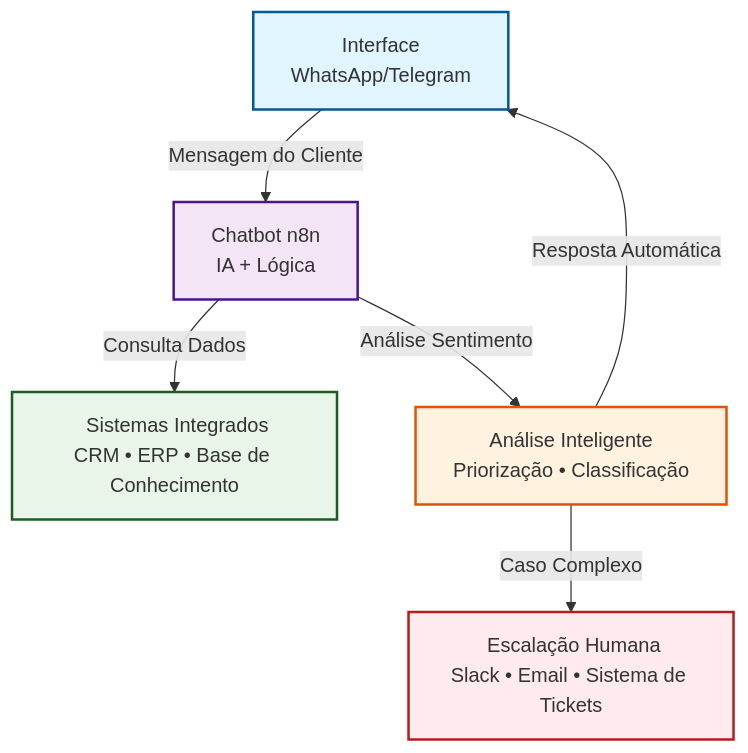
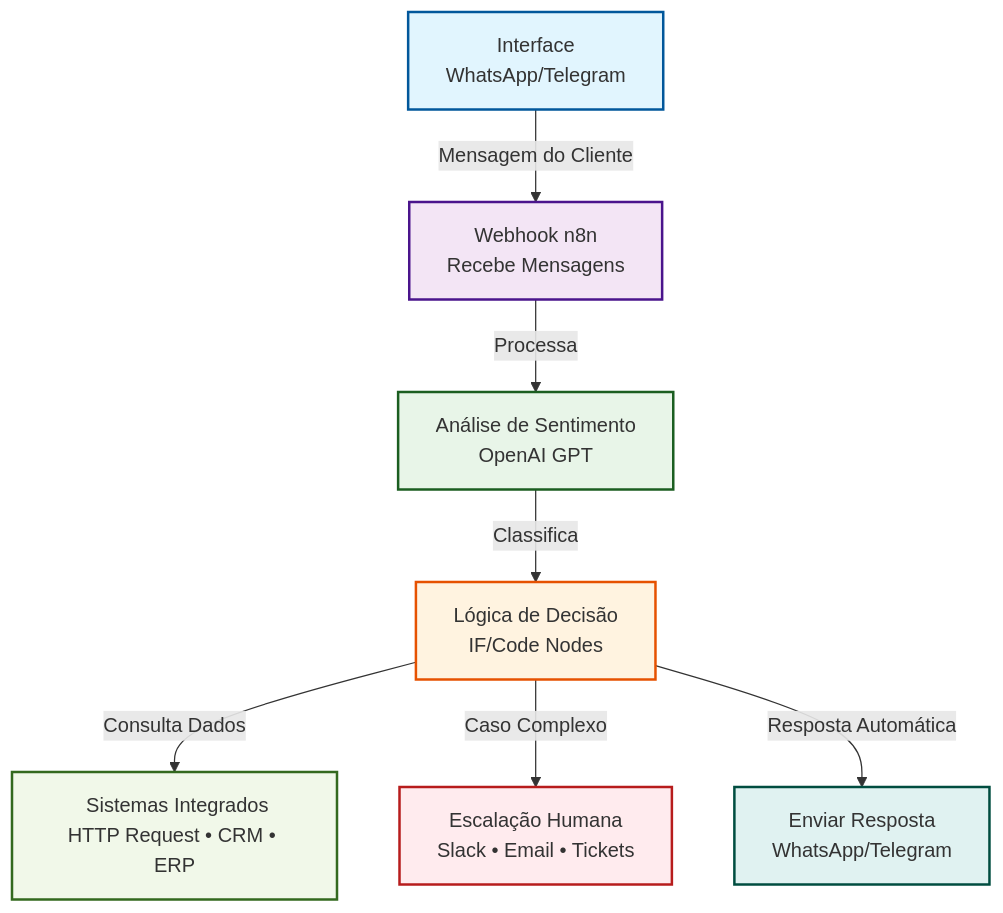
One commit to tatyquebralayout/n8n-Doc-PT-BR changed the first of 9 diagrams in docs/advanced-ai/exemplos-casos/chatbot-suporte.md. Above: the diagram before and after it, drawn with Mermaid. The commit also changed other lines of this file, not shown here.

First line of the commit message:
feat: implementar melhorias completas na documentação do chatbot de suporte

````diff
--- a/docs/advanced-ai/exemplos-casos/chatbot-suporte.md
+++ b/docs/advanced-ai/exemplos-casos/chatbot-suporte.md
@@ -26,26 +52,33 @@
 ```mermaid
 graph TD
-    A[<ion-icon name="phone-portrait-outline"></ion-icon> Interface<br/>WhatsApp/Telegram] -->|Mensagem do Cliente| B[<ion-icon name="chatbubble-ellipses-outline"></ion-icon> Chatbot n8n<br/>IA + Lógica]
-    B -->|Consulta Dados| C[<ion-icon name="link-outline"></ion-icon> Sistemas Integrados<br/>CRM • ERP • Base de Conhecimento]
-    B -->|Análise Sentimento| D[<ion-icon name="analytics-outline"></ion-icon> Análise Inteligente<br/>Priorização • Classificação]
-    D -->|Caso Complexo| E[<ion-icon name="people-outline"></ion-icon> Escalação Humana<br/>Slack • Email • Sistema de Tickets]
-    D -->|Resposta Automática| A
+    A[<ion-icon name="phone-portrait-outline"></ion-icon> Interface<br/>WhatsApp/Telegram] -->|Mensagem do Cliente| B[<ion-icon name="chatbubble-ellipses-outline"></ion-icon> Webhook n8n<br/>Recebe Mensagens]
+    B -->|Processa| C[<ion-icon name="analytics-outline"></ion-icon> Análise de Sentimento<br/>OpenAI GPT]
+    C -->|Classifica| D[<ion-icon name="bulb-outline"></ion-icon> Lógica de Decisão<br/>IF/Code Nodes]
+    D -->|Consulta Dados| E[<ion-icon name="link-outline"></ion-icon> Sistemas Integrados<br/>HTTP Request • CRM • ERP]
+    D -->|Caso Complexo| F[<ion-icon name="people-outline"></ion-icon> Escalação Humana<br/>Slack • Email • Tickets]
+    D -->|Resposta Automática| G[<ion-icon name="send-outline"></ion-icon> Enviar Resposta<br/>WhatsApp/Telegram]
     
     style A fill:#e1f5fe
     style B fill:#f3e5f5
     style C fill:#e8f5e8
     style D fill:#fff3e0
-    style E fill:#ffebee
+    style E fill:#f1f8e9
+    style F fill:#ffebee
+    style G fill:#e0f2f1
     
     classDef interface fill:#e1f5fe,stroke:#01579b,stroke-width:2px
-    classDef chatbot fill:#f3e5f5,stroke:#4a148c,stroke-width:2px
-    classDef systems fill:#e8f5e8,stroke:#1b5e20,stroke-width:2px
-    classDef analysis fill:#fff3e0,stroke:#e65100,stroke-width:2px
+    classDef webhook fill:#f3e5f5,stroke:#4a148c,stroke-width:2px
+    classDef analysis fill:#e8f5e8,stroke:#1b5e20,stroke-width:2px
+    classDef logic fill:#fff3e0,stroke:#e65100,stroke-width:2px
+    classDef systems fill:#f1f8e9,stroke:#33691e,stroke-width:2px
     classDef human fill:#ffebee,stroke:#b71c1c,stroke-width:2px
+    classDef response fill:#e0f2f1,stroke:#004d40,stroke-width:2px
     
     class A interface
-    class B chatbot
-    class C systems
-    class D analysis
-    class E human
+    class B webhook
+    class C analysis
+    class D logic
+    class E systems
+    class F human
+    class G response
 ```
````
